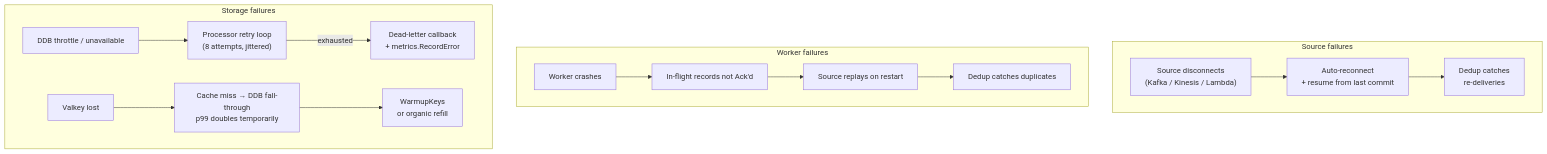
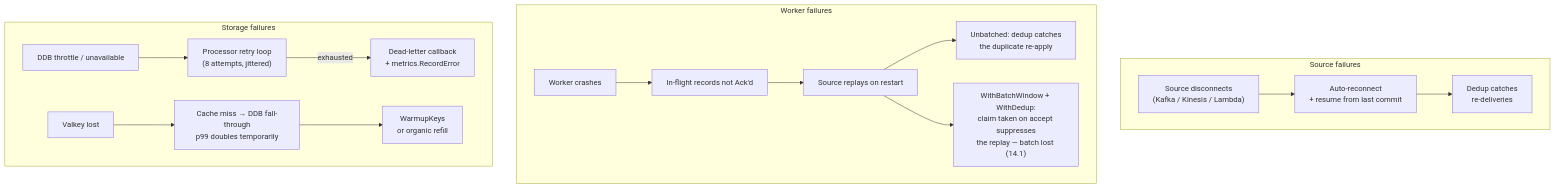
Before and after one commit to gallowaysoftware/murmur: the eighth of 8 diagrams in doc/design.md, drawn with Mermaid. The commit also changed other lines of this file and 23 other files, not shown here.

````diff
--- a/doc/design.md
+++ b/doc/design.md
@@ -2566,22 +2600,23 @@
 ```mermaid
 flowchart TB
     subgraph Sources["Source failures"]
       SD["Source disconnects<br/>(Kafka / Kinesis / Lambda)"]
       SD --> Reconnect["Auto-reconnect<br/>+ resume from last commit"]
       Reconnect --> Dedup1["Dedup catches<br/>re-deliveries"]
     end
     subgraph Workers["Worker failures"]
       WC["Worker crashes"]
       WC --> NoAck["In-flight records not Ack'd"]
       NoAck --> Replay["Source replays on restart"]
-      Replay --> Dedup2["Dedup catches duplicates"]
+      Replay --> Dedup2["Unbatched: dedup catches<br/>the duplicate re-apply"]
+      Replay --> Lost["WithBatchWindow + WithDedup:<br/>claim taken on accept suppresses<br/>the replay — batch lost (14.1)"]
     end
     subgraph Storage["Storage failures"]
       DDBT["DDB throttle / unavailable"]
       DDBT --> Retry["Processor retry loop<br/>(8 attempts, jittered)"]
       Retry -->|"exhausted"| DLQ["Dead-letter callback<br/>+ metrics.RecordError"]
       VKL["Valkey lost"]
       VKL --> Degrade["Cache miss → DDB fall-through<br/>p99 doubles temporarily"]
       Degrade --> Warmup["WarmupKeys<br/>or organic refill"]
     end
 ```
````
